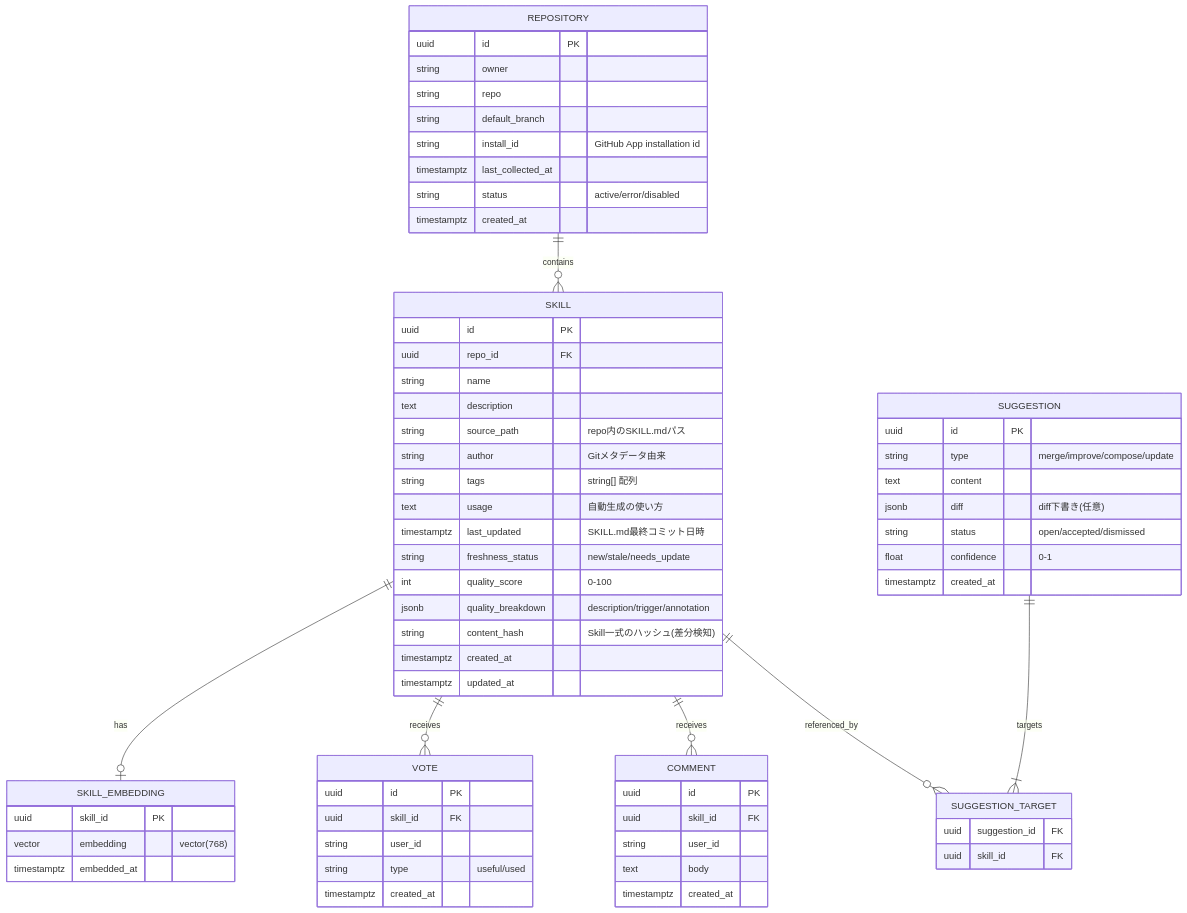
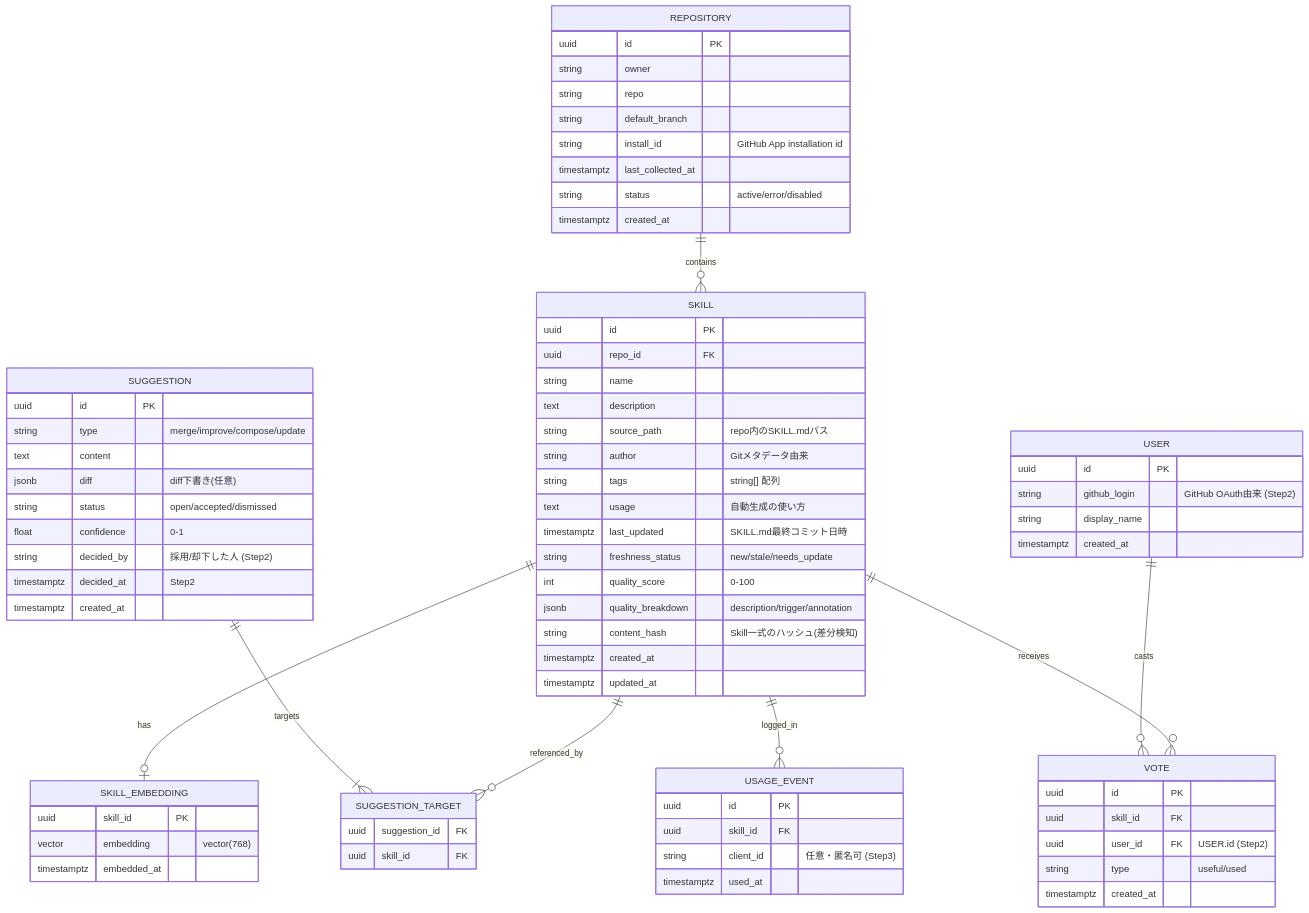
Before and after one commit to t-devops-hackathon-2026/SkillsHub: the sixth of 8 diagrams in DESIGN.md, drawn with Mermaid. The commit also changed other lines of this file and 1 other file, not shown here.

First line of the commit message:
設計: 機能を段階リリース(Step1-3)に再構成

````diff
--- a/DESIGN.md
+++ b/DESIGN.md
@@ -269,69 +293,77 @@
 ```mermaid
 erDiagram
     REPOSITORY ||--o{ SKILL : contains
     SKILL ||--o| SKILL_EMBEDDING : has
-    SKILL ||--o{ VOTE : receives
-    SKILL ||--o{ COMMENT : receives
     SKILL ||--o{ SUGGESTION_TARGET : referenced_by
     SUGGESTION ||--|{ SUGGESTION_TARGET : targets
+    SKILL ||--o{ VOTE : receives
+    USER ||--o{ VOTE : casts
+    SKILL ||--o{ USAGE_EVENT : logged_in
 
     REPOSITORY {
         uuid id PK
         string owner
         string repo
         string default_branch
         string install_id "GitHub App installation id"
         timestamptz last_collected_at
         string status "active/error/disabled"
         timestamptz created_at
     }
     SKILL {
         uuid id PK
         uuid repo_id FK
         string name
         text description
         string source_path "repo内のSKILL.mdパス"
         string author "Gitメタデータ由来"
         string tags "string[] 配列"
         text usage "自動生成の使い方"
         timestamptz last_updated "SKILL.md最終コミット日時"
         string freshness_status "new/stale/needs_update"
         int quality_score "0-100"
         jsonb quality_breakdown "description/trigger/annotation"
         string content_hash "Skill一式のハッシュ(差分検知)"
         timestamptz created_at
         timestamptz updated_at
     }
     SKILL_EMBEDDING {
         uuid skill_id PK
         vector embedding "vector(768)"
         timestamptz embedded_at
     }
-    VOTE {
-        uuid id PK
-        uuid skill_id FK
-        string user_id
-        string type "useful/used"
-        timestamptz created_at
-    }
-    COMMENT {
-        uuid id PK
-        uuid skill_id FK
-        string user_id
-        text body
-        timestamptz created_at
-    }
     SUGGESTION {
         uuid id PK
         string type "merge/improve/compose/update"
         text content
         jsonb diff "diff下書き(任意)"
         string status "open/accepted/dismissed"
         float confidence "0-1"
+        string decided_by "採用/却下した人 (Step2)"
+        timestamptz decided_at "Step2"
         timestamptz created_at
     }
     SUGGESTION_TARGET {
         uuid suggestion_id FK
         uuid skill_id FK
     }
+    USER {
+        uuid id PK
+        string github_login "GitHub OAuth由来 (Step2)"
+        string display_name
+        timestamptz created_at
+    }
+    VOTE {
+        uuid id PK
+        uuid skill_id FK
+        uuid user_id FK "USER.id (Step2)"
+        string type "useful/used"
+        timestamptz created_at
+    }
+    USAGE_EVENT {
+        uuid id PK
+        uuid skill_id FK
+        string client_id "任意・匿名可 (Step3)"
+        timestamptz used_at
+    }
 ```
````
